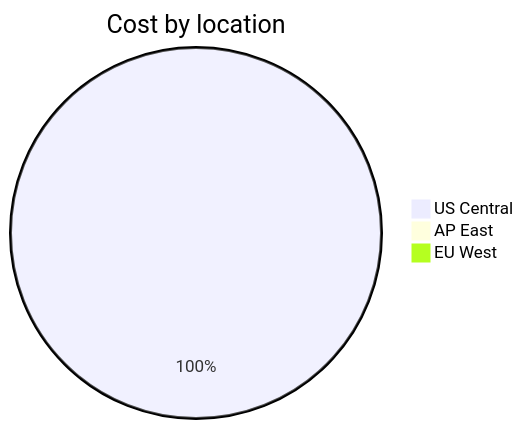
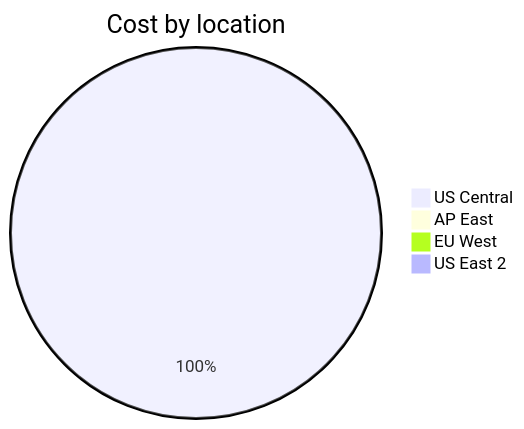
The third of 4 diagrams in cost-reports/personal-site/personal-site.md (jpfulton/azure-personal-reports), drawn with Mermaid before and after one commit. The commit also changed other lines of this file and 6 other files, not shown here.

````diff
--- a/cost-reports/personal-site/personal-site.md
+++ b/cost-reports/personal-site/personal-site.md
@@ -107,7 +108,8 @@
 ```mermaid
 pie
    title Cost by location
-   "US Central" : 0.25
+   "US Central" : 0.55
    "AP East" : 0.00
    "EU West" : 0.00
+   "US East 2" : 0.00
 ```
````
